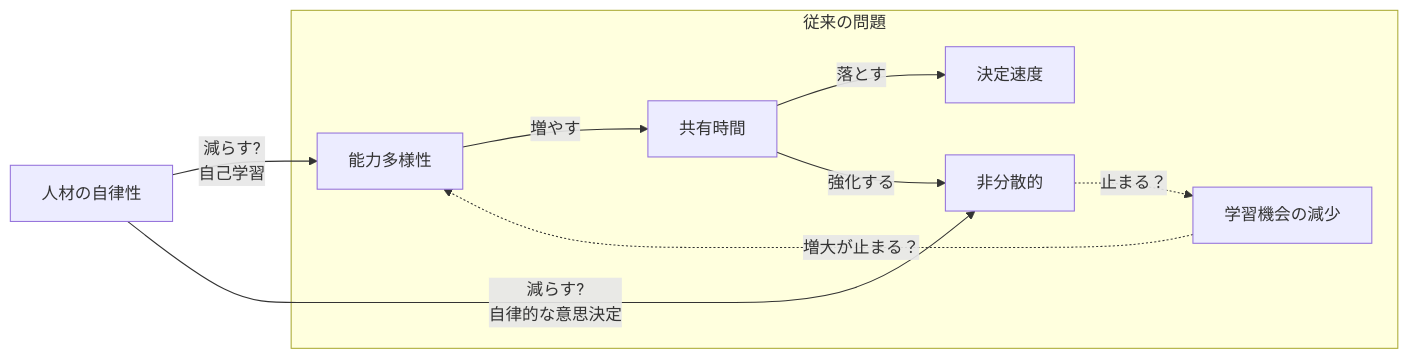
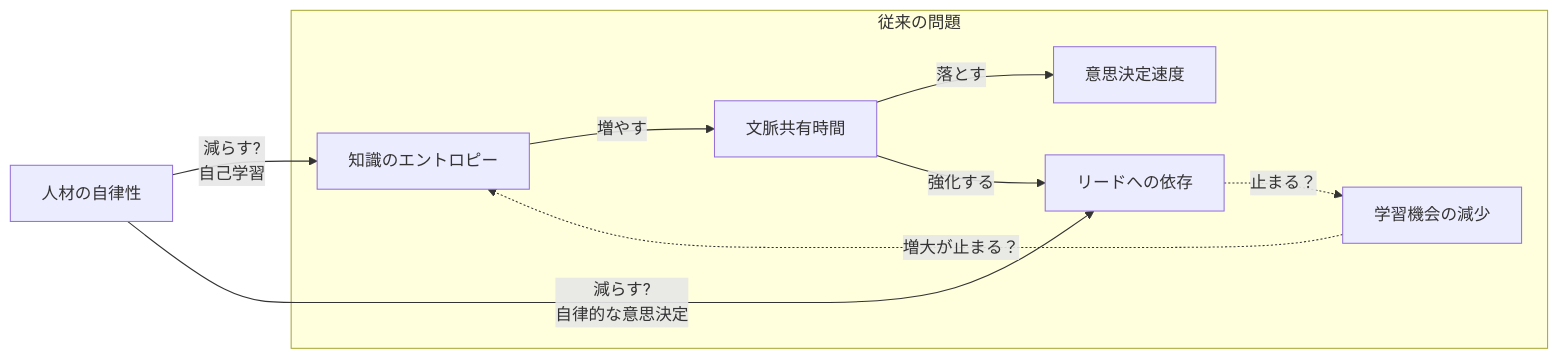
Before and after one commit to iwasa-kosui/monorepo: the fourth of 7 diagrams in apps/kosui-me/src/content/posts/2026-04-29-organizing-around-customer-value.mdx, drawn with Mermaid. The commit also changed other lines of this file, not shown here.

````diff
--- a/apps/kosui-me/src/content/posts/2026-04-29-organizing-around-customer-value.mdx
+++ b/apps/kosui-me/src/content/posts/2026-04-29-organizing-around-customer-value.mdx
@@ -87,21 +87,21 @@
 ```mermaid
 flowchart LR
     A["人材の自律性"]
     subgraph 従来の問題
-        A1["能力多様性"]
-        C["共有時間"]
-        D["決定速度"]
-        E["非分散的"]
+        A1["知識のエントロピー"]
+        C["文脈共有時間"]
+        D["意思決定速度"]
+        E["リードへの依存"]
         Z["学習機会の減少"]
     end
     A -->|減らす?<br>自己学習| A1
     A -->|減らす?<br>自律的な意思決定| E
     A1 -->|増やす| C
 
     C -->|落とす| D
     C -->|強化する| E
 
 
     E -.->|止まる？| Z
     Z -.->|増大が止まる？| A1
 ```
````
